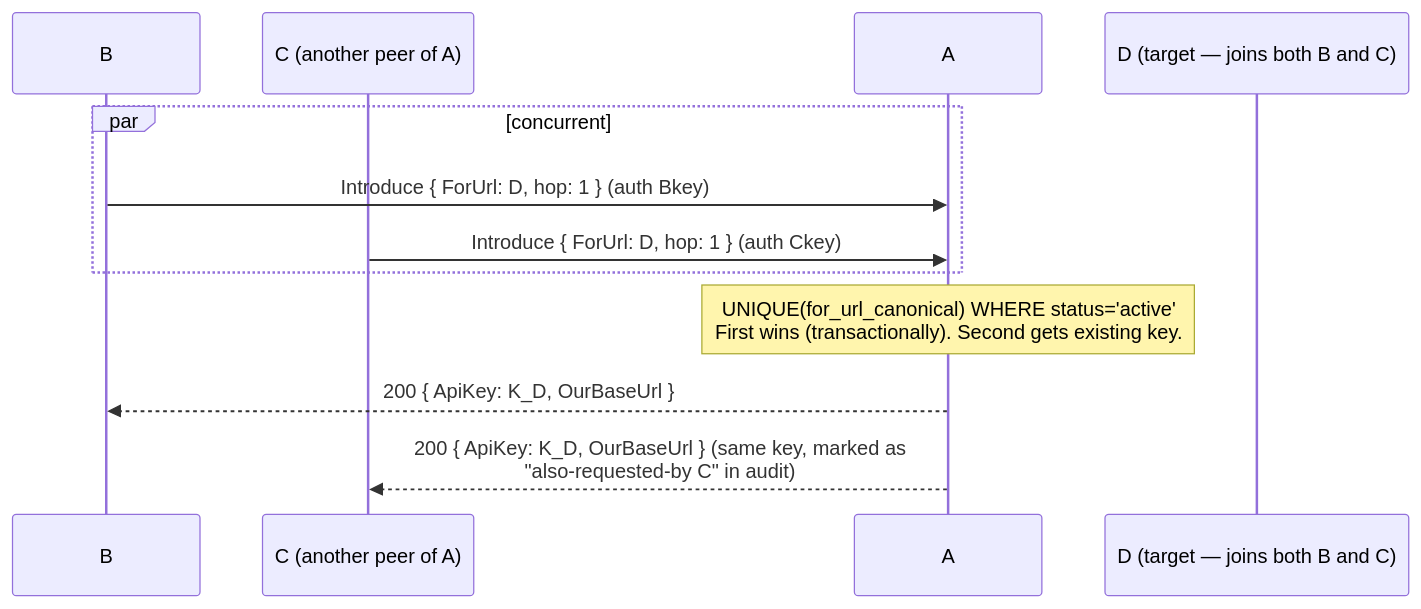
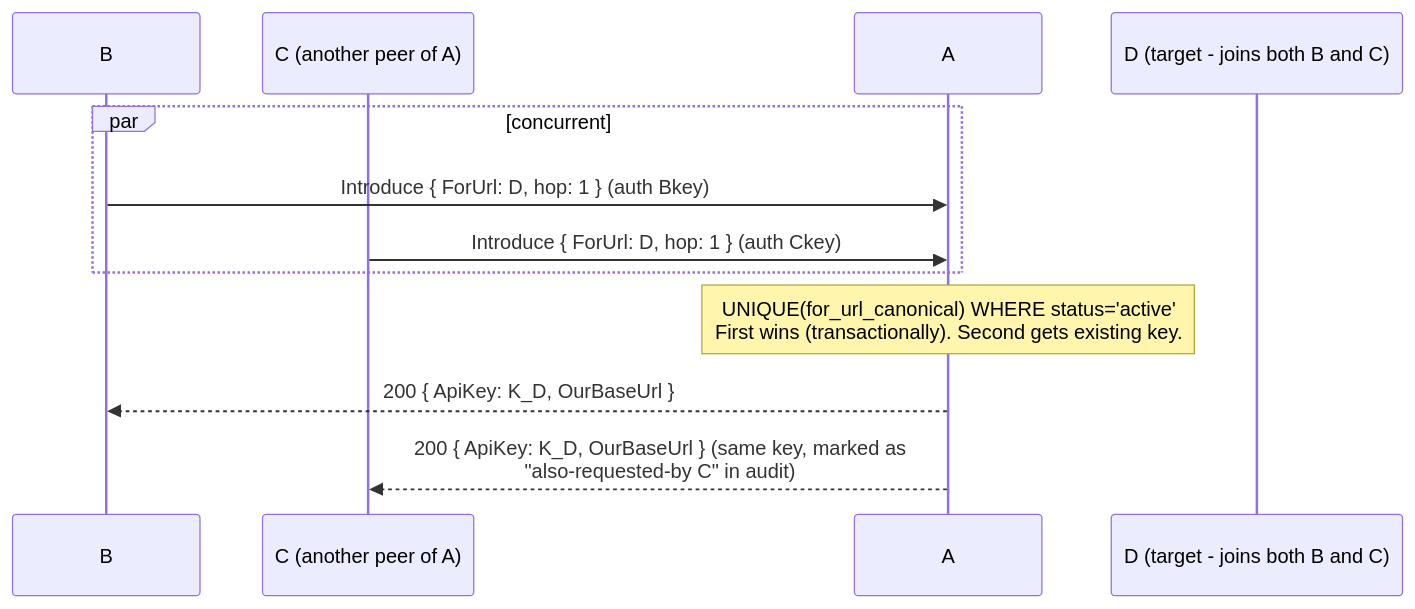
One commit to Vozec/Jellymesh changed the first of 2 diagrams in docs/introductions.md. Above: the diagram before and after it, drawn with Mermaid. The commit also changed other lines of this file and 29 other files, not shown here.

````diff
--- a/docs/introductions.md
+++ b/docs/introductions.md
@@ -54,16 +54,16 @@
 ```mermaid
 sequenceDiagram
     participant B
     participant C as C (another peer of A)
     participant A
-    participant D as D (target — joins both B and C)
+    participant D as D (target - joins both B and C)
 
     par concurrent
         B->>A: Introduce { ForUrl: D, hop: 1 } (auth Bkey)
         C->>A: Introduce { ForUrl: D, hop: 1 } (auth Ckey)
     end
 
     Note over A: UNIQUE(for_url_canonical) WHERE status='active'<br/>First wins (transactionally). Second gets existing key.
     A-->>B: 200 { ApiKey: K_D, OurBaseUrl }
     A-->>C: 200 { ApiKey: K_D, OurBaseUrl } (same key, marked as<br/>"also-requested-by C" in audit)
 ```
````
